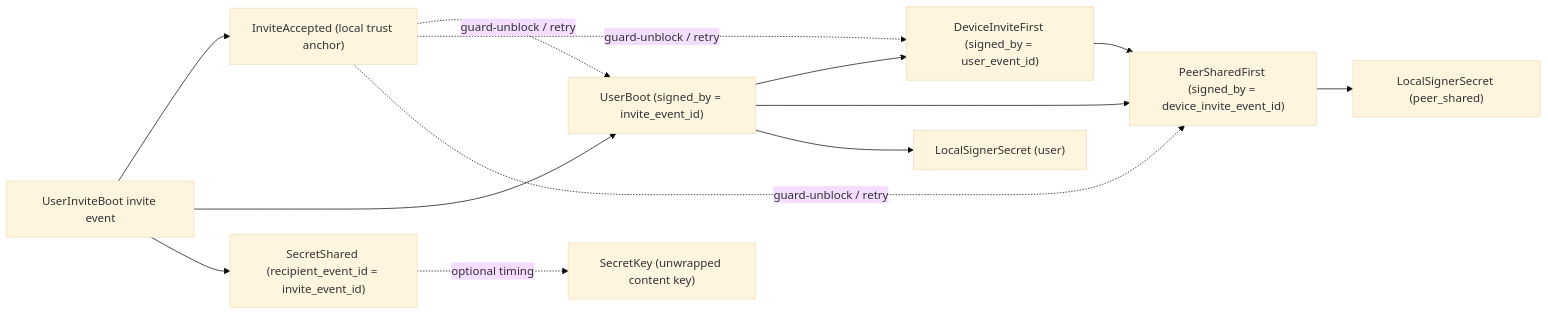
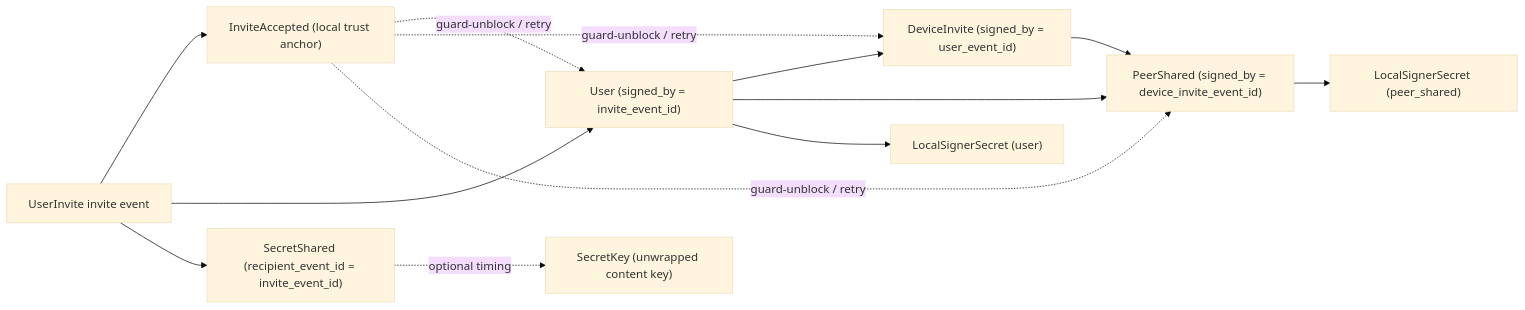
One commit to holmesworcester/topo changed the seventh of 8 diagrams in docs/DESIGN_DIAGRAMS.md. Above: the diagram before and after it, drawn with Mermaid (base theme). The commit also changed other lines of this file and 49 other files, not shown here.

````diff
--- a/docs/DESIGN_DIAGRAMS.md
+++ b/docs/DESIGN_DIAGRAMS.md
@@ -326,18 +326,18 @@
 ```mermaid
 flowchart LR
-    INV["UserInviteBoot invite event"] --> IA["InviteAccepted (local trust anchor)"]
-    INV --> UB["UserBoot (signed_by = invite_event_id)"]
-    UB --> DIF["DeviceInviteFirst (signed_by = user_event_id)"]
-    DIF --> PSF["PeerSharedFirst (signed_by = device_invite_event_id)"]
+    INV["UserInvite invite event"] --> IA["InviteAccepted (local trust anchor)"]
+    INV --> UB["User (signed_by = invite_event_id)"]
+    UB --> DIF["DeviceInvite (signed_by = user_event_id)"]
+    DIF --> PSF["PeerShared (signed_by = device_invite_event_id)"]
     UB --> PSF
 
     INV --> SS["SecretShared (recipient_event_id = invite_event_id)"]
     SS -. optional timing .-> SK["SecretKey (unwrapped content key)"]
 
     PSF --> LSP["LocalSignerSecret (peer_shared)"]
     UB --> LSU["LocalSignerSecret (user)"]
 
     IA -. guard-unblock / retry .-> UB
     IA -. guard-unblock / retry .-> DIF
     IA -. guard-unblock / retry .-> PSF
 ```
````
